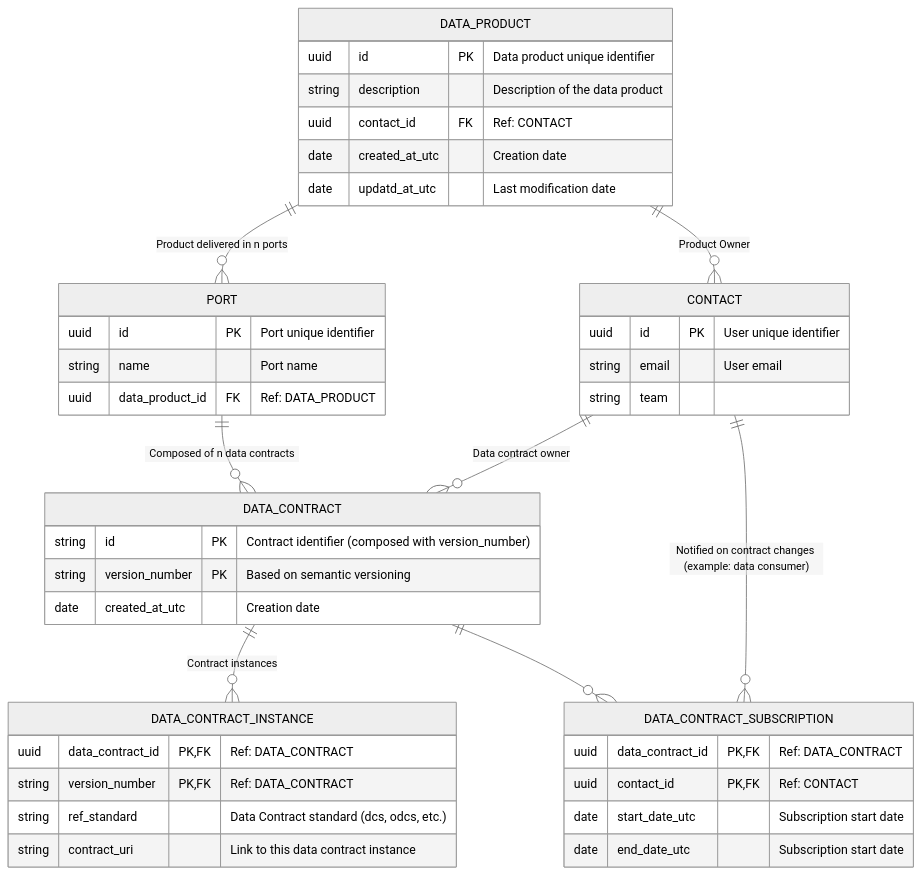
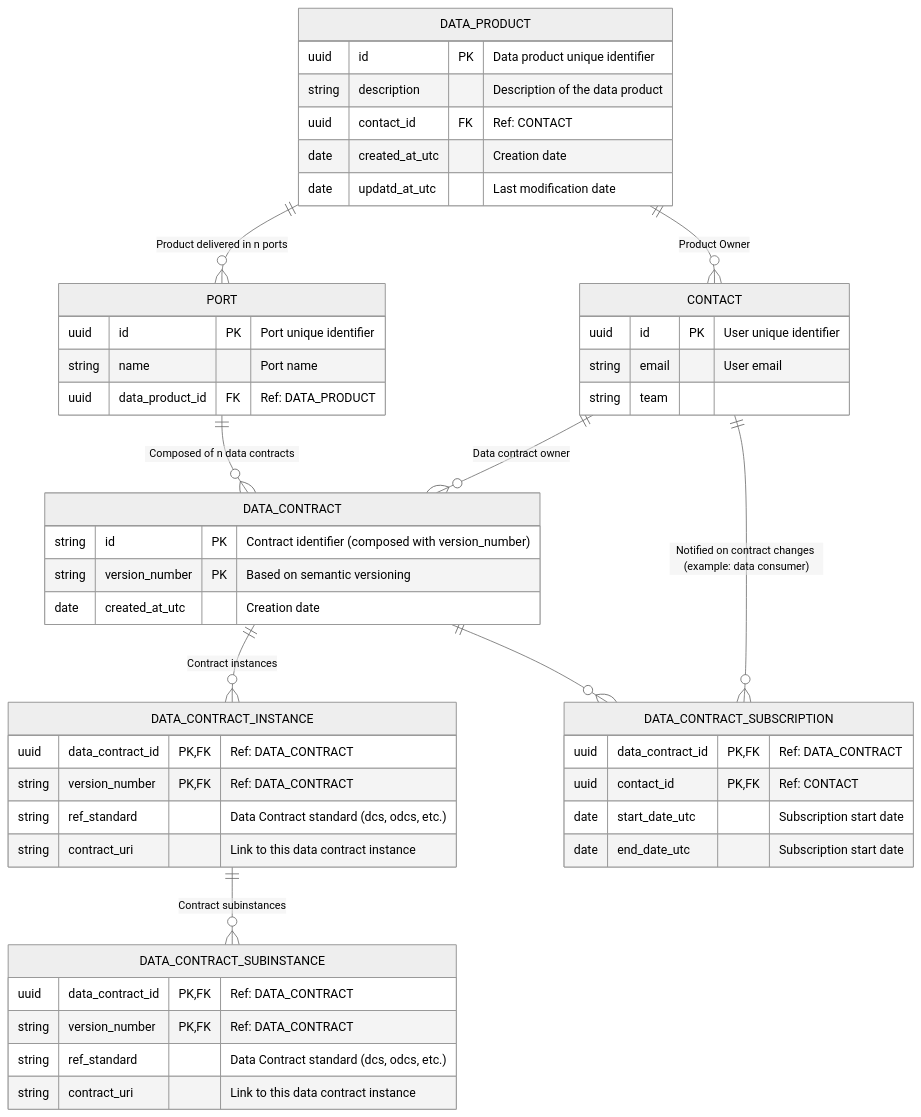
Before and after one commit to monmaya/base-impl: the diagram in docs/relational_model.md, drawn with Mermaid (neutral theme).

````diff
--- a/docs/relational_model.md
+++ b/docs/relational_model.md
@@ -5,54 +5,62 @@
 ```mermaid
 
 erDiagram
 
     DATA_PRODUCT {
         uuid id PK "Data product unique identifier"
         string description "Description of the data product"
         uuid contact_id FK "Ref: CONTACT"
         date created_at_utc "Creation date"
         date updatd_at_utc "Last modification date"
     }
 
     PORT {
         uuid id PK "Port unique identifier"
         string name "Port name"
         uuid data_product_id FK "Ref: DATA_PRODUCT"
     }
 
     DATA_CONTRACT {
         string id PK "Contract identifier (composed with version_number)"
         string version_number PK "Based on semantic versioning"
         date created_at_utc "Creation date"
     }
 
     DATA_CONTRACT_INSTANCE {
         uuid data_contract_id PK, FK "Ref: DATA_CONTRACT"
         string version_number PK, FK "Ref: DATA_CONTRACT"
         string ref_standard "Data Contract standard (dcs, odcs, etc.)"
         string contract_uri "Link to this data contract instance"
     }
+
+    DATA_CONTRACT_SUBINSTANCE {
+        uuid data_contract_id PK, FK "Ref: DATA_CONTRACT"
+        string version_number PK, FK "Ref: DATA_CONTRACT"
+        string ref_standard "Data Contract standard (dcs, odcs, etc.)"
+        string contract_uri "Link to this data contract instance"
+    }
     
     DATA_CONTRACT_SUBSCRIPTION {
         uuid data_contract_id PK, FK "Ref: DATA_CONTRACT"
         uuid contact_id PK, FK "Ref: CONTACT"
         date start_date_utc "Subscription start date"
         date end_date_utc "Subscription start date"
     }
 
     CONTACT {
         uuid id PK "User unique identifier"
         string email "User email"
         string team
     }
 
     DATA_PRODUCT ||--o{ PORT : "Product delivered in n ports"
     DATA_PRODUCT ||--o{ CONTACT : "Product Owner"
     PORT ||--o{ DATA_CONTRACT : "Composed of n data contracts"
     CONTACT ||--o{ DATA_CONTRACT : "Data contract owner"
     DATA_CONTRACT ||--o{ DATA_CONTRACT_INSTANCE : "Contract instances"
+    DATA_CONTRACT_INSTANCE ||--o{ DATA_CONTRACT_SUBINSTANCE : "Contract subinstances"
     DATA_CONTRACT ||--o{ DATA_CONTRACT_SUBSCRIPTION : ""
     CONTACT ||--o{ DATA_CONTRACT_SUBSCRIPTION : "Notified on contract changes (example: data consumer)"
 
 
   ```
````
